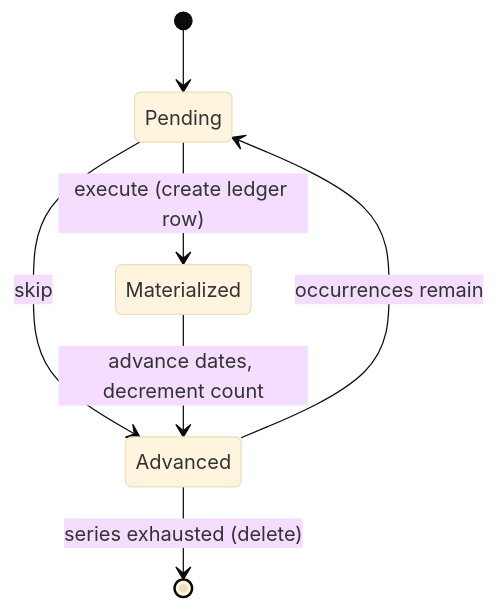
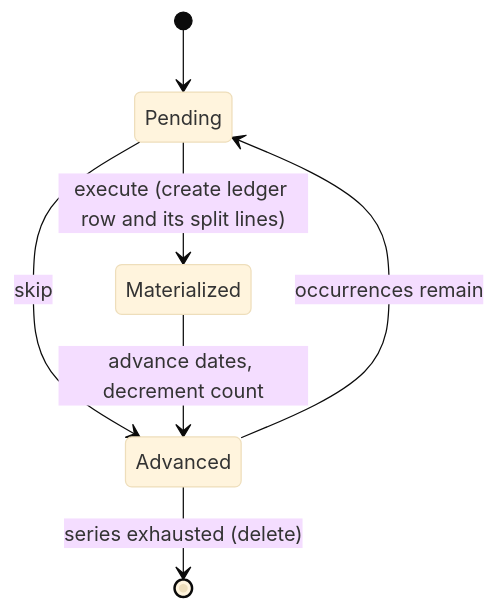
The second of 2 diagrams in openspec/specs/scheduled-transactions/spec.md (gjchentw/mmex-pwa), drawn with Mermaid (base theme) before and after one commit. The commit also changed other lines of this file and 9 other files, not shown here.

````diff
--- a/openspec/specs/scheduled-transactions/spec.md
+++ b/openspec/specs/scheduled-transactions/spec.md
@@ -85,9 +86,9 @@
 ```mermaid
 stateDiagram-v2
     [*] --> Pending
-    Pending --> Materialized: execute (create ledger row)
+    Pending --> Materialized: execute (create ledger row and its split lines)
     Pending --> Advanced: skip
     Materialized --> Advanced: advance dates, decrement count
     Advanced --> Pending: occurrences remain
     Advanced --> [*]: series exhausted (delete)
 ```
````
